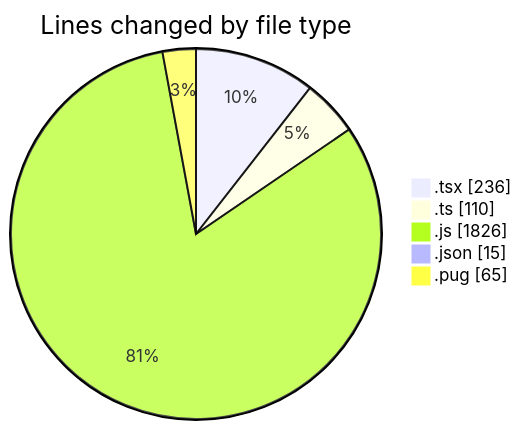
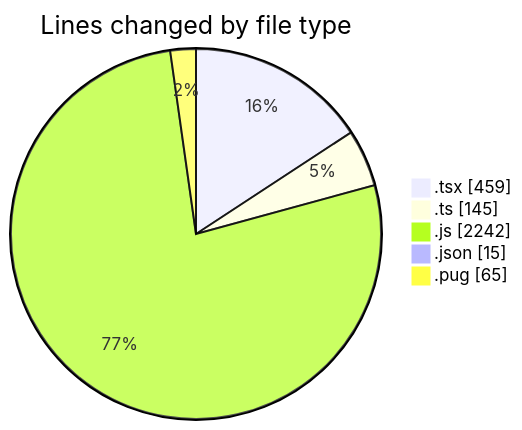
The first of 2 diagrams in 2025-03-24/cda/README.md (momahboobian/code-tracking), drawn with Mermaid before and after one commit. The commit also changed other lines of this file and 1 other file, not shown here.

````diff
--- a/2025-03-24/cda/README.md
+++ b/2025-03-24/cda/README.md
@@ -30,9 +31,9 @@
 ```mermaid
 pie showData
 title Lines changed by file type
-".tsx" : 236
-".ts" : 110
-".js" : 1826
+".tsx" : 459
+".ts" : 145
+".js" : 2242
 ".json" : 15
 ".pug" : 65
 ```
````
